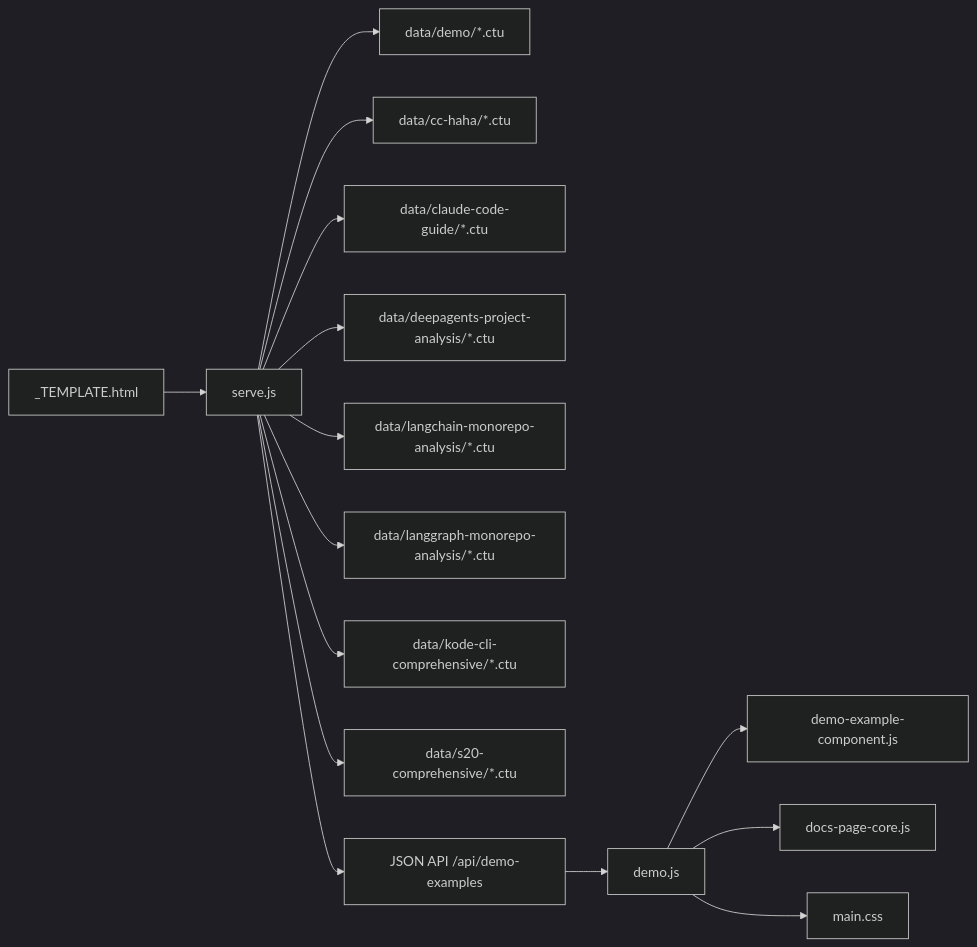
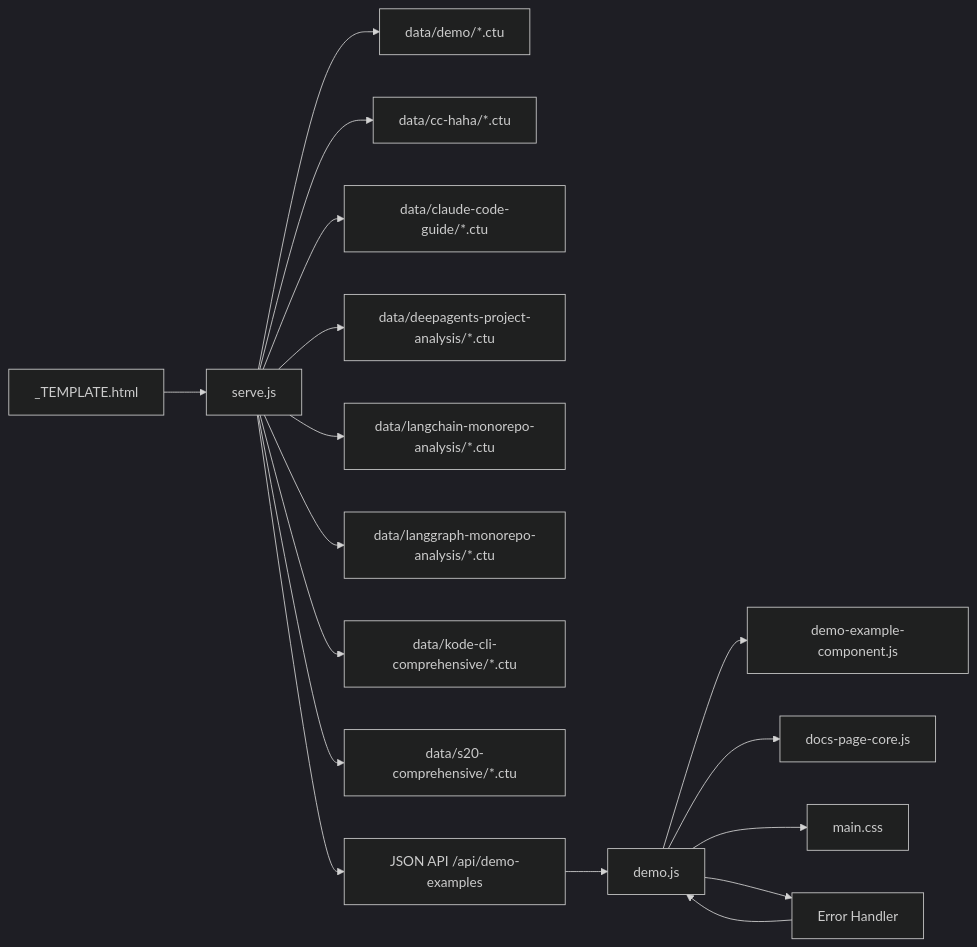
Before and after one commit to pingwurth/code-to-uml: the eighth of 8 diagrams in .qoder/repowiki/en/content/Template System/Template System.md, drawn with Mermaid (dark theme). The commit also changed other lines of this file and 21 other files, not shown here.

Commit message:
chore(docs): 删除 Code-To-UML 介绍文档

````diff
--- a/.qoder/repowiki/en/content/Template System/Template System.md
+++ b/.qoder/repowiki/en/content/Template System/Template System.md
@@ -505,17 +540,19 @@
 ```mermaid
 graph LR
 T["_TEMPLATE.html"] --> S["serve.js"]
 S --> D1["data/demo/*.ctu"]
 S --> D2["data/cc-haha/*.ctu"]
 S --> D3["data/claude-code-guide/*.ctu"]
 S --> D4["data/deepagents-project-analysis/*.ctu"]
 S --> D5["data/langchain-monorepo-analysis/*.ctu"]
 S --> D6["data/langgraph-monorepo-analysis/*.ctu"]
 S --> D7["data/kode-cli-comprehensive/*.ctu"]
 S --> D8["data/s20-comprehensive/*.ctu"]
 S --> J["JSON API /api/demo-examples"]
 J --> F["demo.js"]
 F --> C1["demo-example-component.js"]
 F --> C2["docs-page-core.js"]
 F --> CSS["main.css"]
+F --> EH["Error Handler"]
+EH --> F
 ```
````
